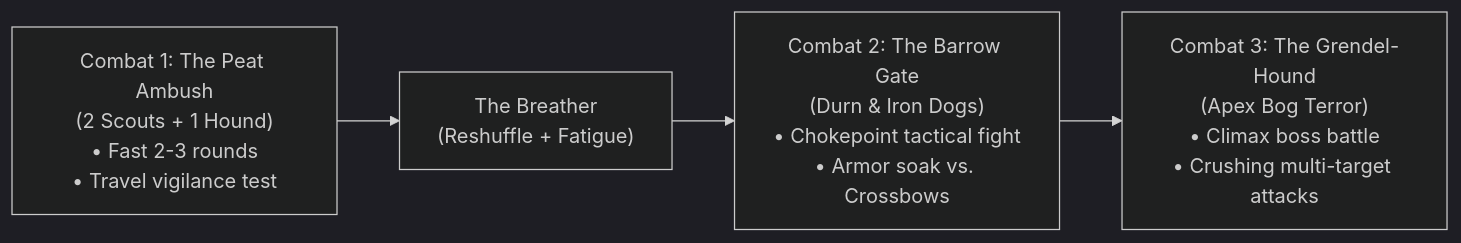
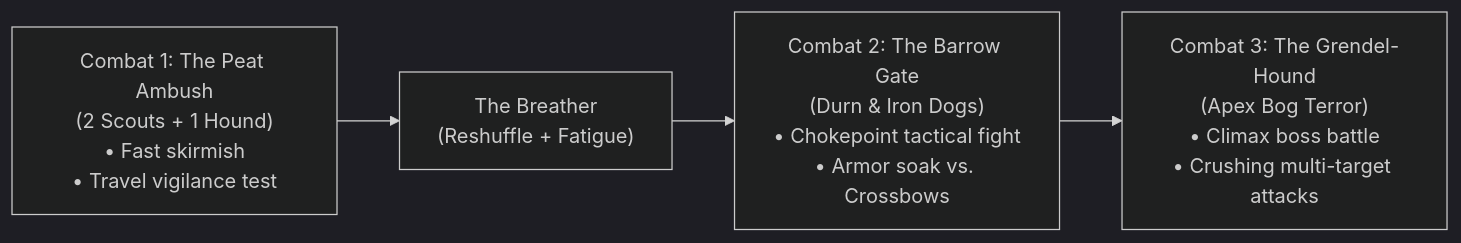
The second of 2 diagrams in design/iteration/campaign-weeping-fen/challenges-and-encounters.md (tdimiduk/cardpg), drawn with Mermaid (dark theme) before and after one commit. The commit also changed other lines of this file and 5 other files, not shown here.

````diff
--- a/design/iteration/campaign-weeping-fen/challenges-and-encounters.md
+++ b/design/iteration/campaign-weeping-fen/challenges-and-encounters.md
@@ -81,6 +81,6 @@
 ```mermaid
 flowchart LR
-    C1["Combat 1: The Peat Ambush<br/>(2 Scouts + 1 Hound)<br/>• Fast 2-3 rounds<br/>• Travel vigilance test"] --> REST1["The Breather<br/>(Reshuffle + Fatigue)"]
+    C1["Combat 1: The Peat Ambush<br/>(2 Scouts + 1 Hound)<br/>• Fast skirmish<br/>• Travel vigilance test"] --> REST1["The Breather<br/>(Reshuffle + Fatigue)"]
     REST1 --> C2["Combat 2: The Barrow Gate<br/>(Durn & Iron Dogs)<br/>• Chokepoint tactical fight<br/>• Armor soak vs. Crossbows"]
     C2 --> C3["Combat 3: The Grendel-Hound<br/>(Apex Bog Terror)<br/>• Climax boss battle<br/>• Crushing multi-target attacks"]
 ```
````
